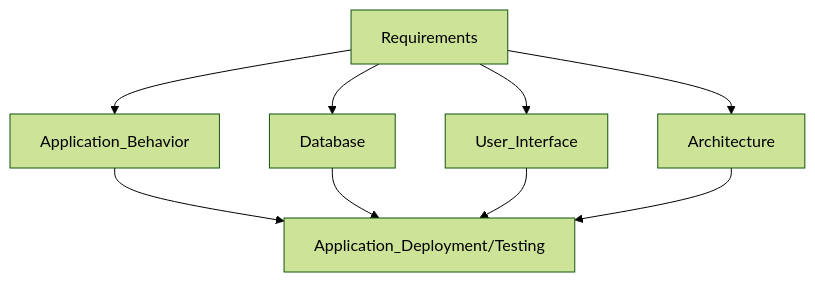
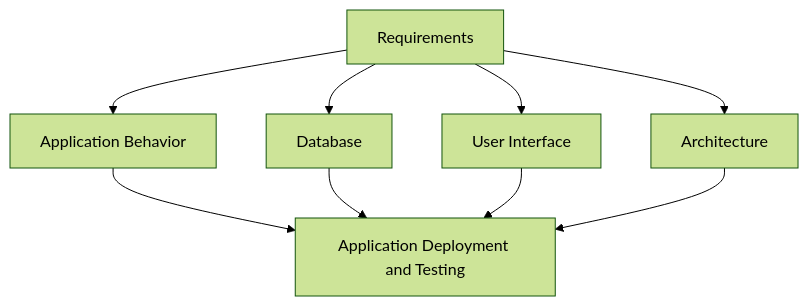
One commit to masterkram/bytehub changed the diagram in docs/StudyNotes/Module1/Theme/IEM/README.md. Above: the diagram before and after it, drawn with Mermaid (forest theme). The commit also changed other lines of this file and 8 other files, not shown here.

Commit message:
fix spelling mistakes and label mermaid graphs.

````diff
--- a/docs/StudyNotes/Module1/Theme/IEM/README.md
+++ b/docs/StudyNotes/Module1/Theme/IEM/README.md
@@ -23,11 +23,11 @@
 ```mermaid
 graph TD;
-Requirements --> Application_Behavior;
-Requirements --> Database;
-Requirements --> User_Interface;
-Requirements --> Architecture;
-Application_Behavior --> Application_Deployment/Testing;
-Database --> Application_Deployment/Testing;
-User_Interface --> Application_Deployment/Testing;
-Architecture --> Application_Deployment/Testing;
+rq[Requirements] --> ab[Application Behavior];
+rq --> db[Database];
+rq --> ui[User Interface];
+rq --> a[Architecture];
+ab[Application Behavior] --> adt[Application Deployment and Testing];
+db --> adt;
+ui --> adt;
+a --> adt;
 ```
````
